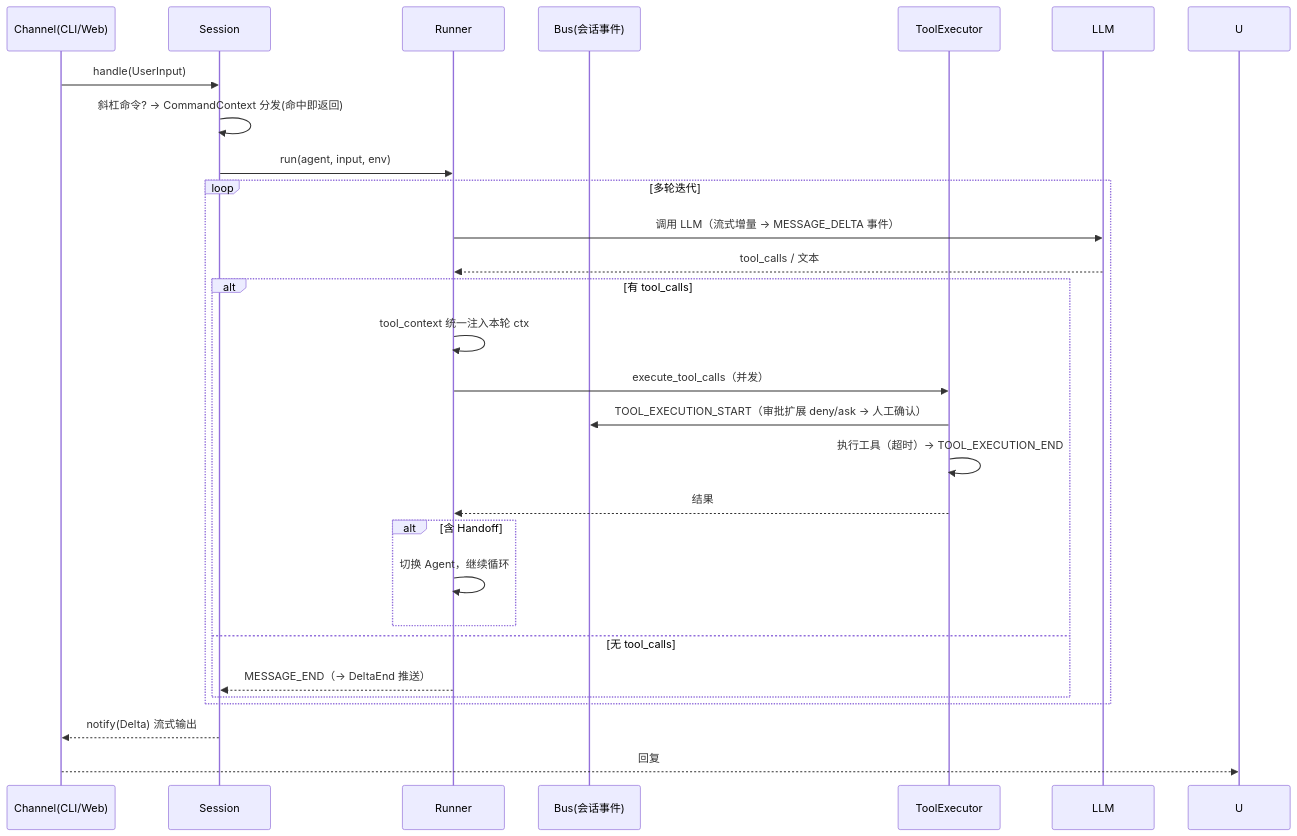
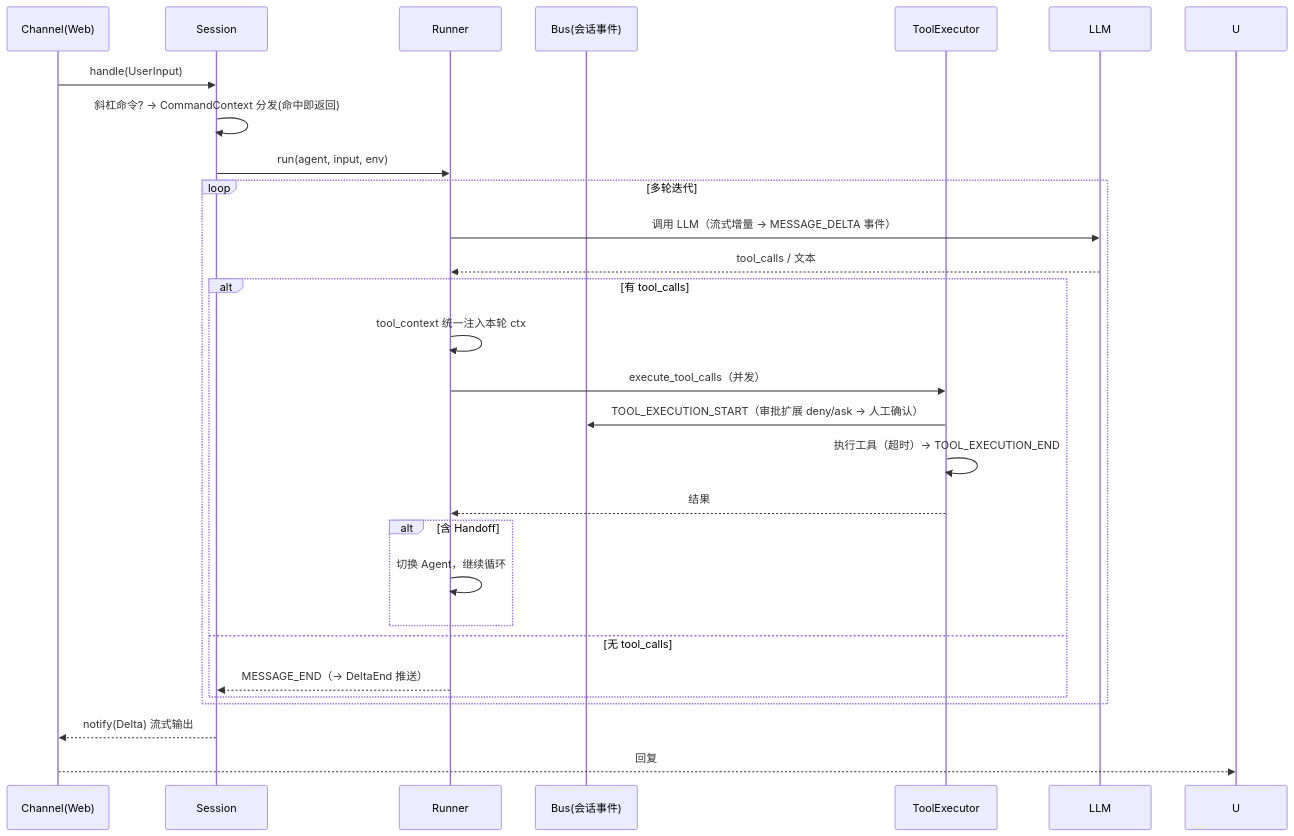
Before and after one commit to yishenzhu/walle: the second of 2 diagrams in README.md, drawn with Mermaid. The commit also changed other lines of this file and 54 other files, not shown here.

````diff
--- a/README.md
+++ b/README.md
@@ -71,31 +71,31 @@
 ```mermaid
 sequenceDiagram
-    participant C as Channel(CLI/Web)
+    participant C as Channel(Web)
     participant S as Session
     participant R as Runner
     participant B as Bus(会话事件)
     participant E as ToolExecutor
     participant M as LLM
 
     C->>S: handle(UserInput)
     S->>S: 斜杠命令? → CommandContext 分发(命中即返回)
     S->>R: run(agent, input, env)
     loop 多轮迭代
         R->>M: 调用 LLM（流式增量 → MESSAGE_DELTA 事件）
         M-->>R: tool_calls / 文本
         alt 有 tool_calls
             R->>R: tool_context 统一注入本轮 ctx
             R->>E: execute_tool_calls（并发）
             E->>B: TOOL_EXECUTION_START（审批扩展 deny/ask → 人工确认）
             E->>E: 执行工具（超时）→ TOOL_EXECUTION_END
             E-->>R: 结果
             alt 含 Handoff
                 R->>R: 切换 Agent，继续循环
             end
         else 无 tool_calls
             R-->>S: MESSAGE_END（→ DeltaEnd 推送）
         end
     end
     S-->>C: notify(Delta) 流式输出
     C-->>U: 回复
 ```
````
